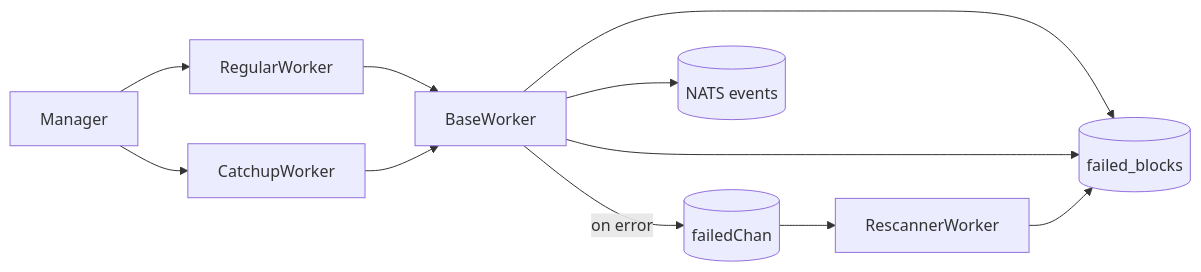
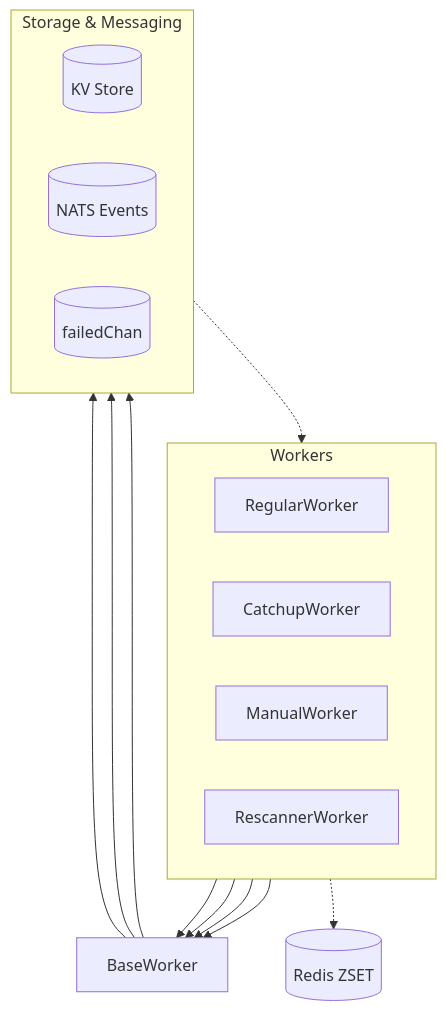
Before and after one commit to fystack/multichain-indexer: the diagram in README.md, drawn with Mermaid. The commit also changed other lines of this file and 3 other files, not shown here.

Commit message:
docs: update README to include ManualWorker details, enhance CLI help descriptions, and clarify worker modes

````diff
--- a/README.md
+++ b/README.md
@@ -65,7 +106,38 @@
 ```mermaid
-flowchart LR
-    Manager --> RegularWorker --> BaseWorker --> KV[(latest_block)]
-    Manager --> CatchupWorker --> BaseWorker --> KV[(catchup/progress)]
-    BaseWorker -->|on error| CH[(failedChan)] --> RescannerWorker --> KV[(failed_blocks)]
-    BaseWorker --> NATS[(NATS events)]
+flowchart TB
+    subgraph Workers ["Workers"]
+        direction LR
+        R[RegularWorker]
+        C[CatchupWorker] 
+        M[ManualWorker]
+        Re[RescannerWorker]
+    end
+    
+    BW[BaseWorker]
+    
+    subgraph Storage ["Storage & Messaging"]
+        direction LR
+        KV[(KV Store)]
+        NATS[(NATS Events)]
+        FChan[(failedChan)]
+    end
+    
+    Redis[(Redis ZSET)]
+    
+    %% Workers to BaseWorker
+    R --> BW
+    C --> BW
+    M --> BW
+    Re --> BW
+    
+    %% BaseWorker connections
+    BW --> KV
+    BW --> NATS
+    BW --> FChan
+    
+    %% Feedback failedChan -> Rescanner
+    FChan -.-> Re
+    
+    %% ManualWorker special connection
+    M -.-> Redis
 ```
````
